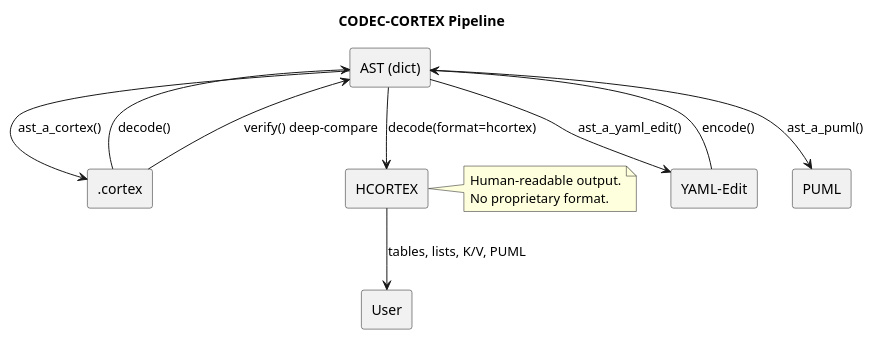
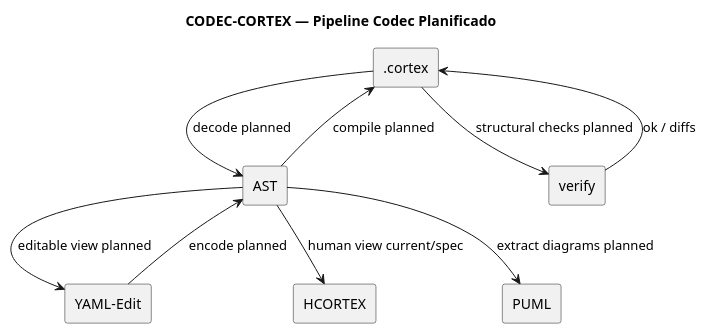
The eighth of 10 diagrams in skill/SKILL.md (FidelErnesto03/codec-cortex), drawn with PlantUML before and after one commit. The commit also changed other lines of this file and 109 other files, not shown here.

````diff
--- a/skill/SKILL.md
+++ b/skill/SKILL.md
@@ -212,22 +1141,21 @@
 ```puml
 @startuml
-title CODEC-CORTEX Pipeline
+title CODEC-CORTEX — Pipeline Codec Planificado
 
 rectangle ".cortex" as cortex
-rectangle "AST (dict)" as ast
+rectangle "AST" as ast
 rectangle "YAML-Edit" as yaml
+rectangle "HCORTEX" as hc
 rectangle "PUML" as puml
-rectangle "HCORTEX" as hc
-rectangle "User" as user
+rectangle "verify" as ver
 
-cortex --> ast : decode()
-ast --> yaml : ast_a_yaml_edit()
-ast --> puml : ast_a_puml()
-ast --> hc : decode(format=hcortex)
-yaml --> ast : encode()
-ast --> cortex : ast_a_cortex()
-cortex --> ast : verify() deep-compare
-hc --> user : tables, lists, K/V, PUML
-note right of hc : Human-readable output.\nNo proprietary format.
+cortex --> ast : decode planned
+ast --> yaml : editable view planned
+ast --> hc : human view current/spec
+ast --> puml : extract diagrams planned
+ yaml --> ast : encode planned
+ast --> cortex : compile planned
+cortex --> ver : structural checks planned
+ver --> cortex : ok / diffs
 @enduml
 ```
````
